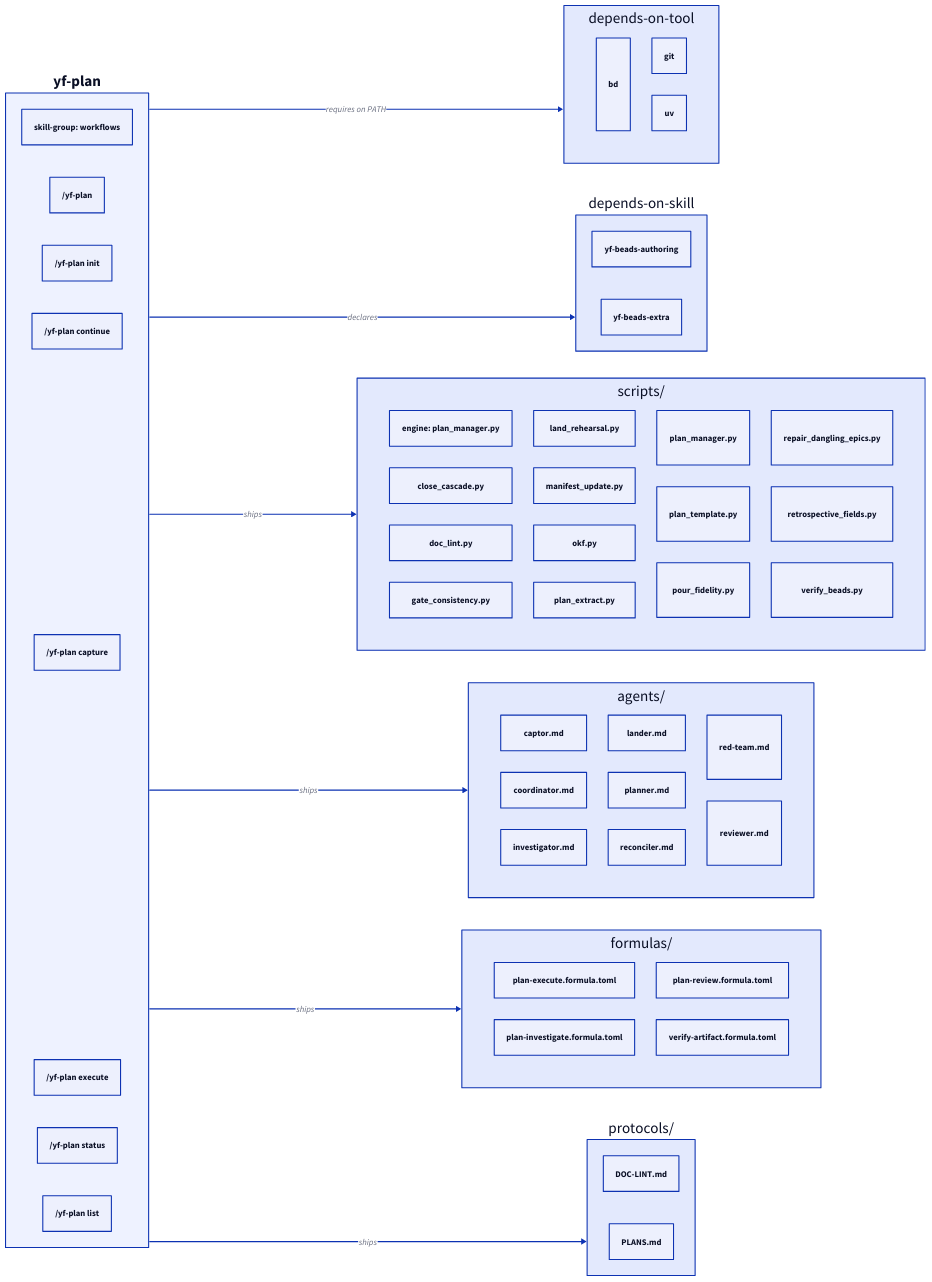
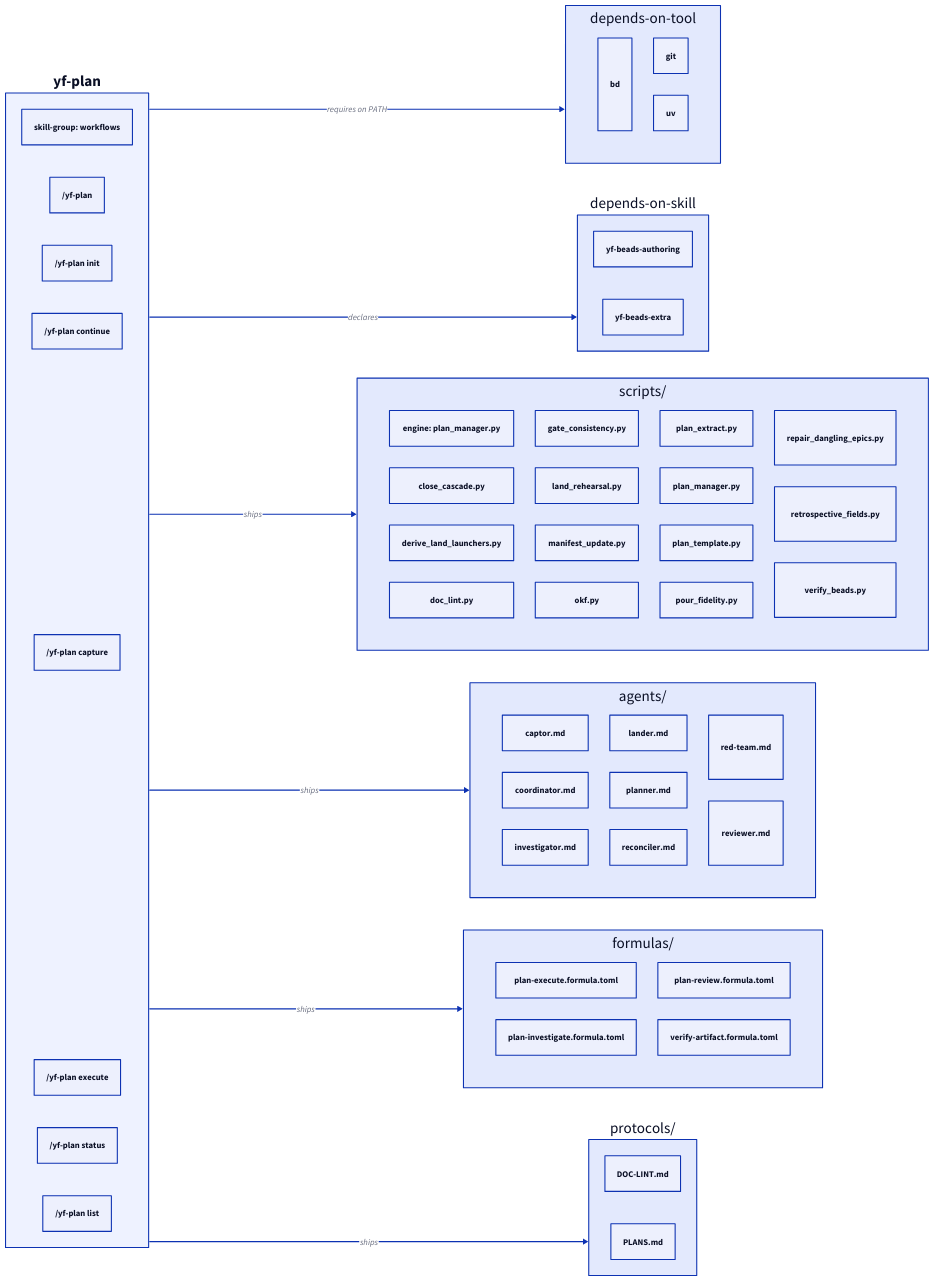
Before and after one commit to dixson3/yoshiko-flow: the diagram in web/content/images/skills/yf-plan.d2, drawn with D2. The commit also changed 1 other file, not shown here.

Commit message:
plan-068: regenerate yf-plan's skill diagram source and PNG
Found by the FULL tier at land — `web/plugins/skill_diagrams.py --check`:
"committed sources do not match a fresh generation. drifted=['yf-plan.d2']".
This plan's own doing: Epic 1 added `derive_land_launchers.py` under
`skills/yf-plan/scripts/`.

One line in the .d2 source. The generator indexes non-test scripts only, so the
two new `test_*.py` files correctly do not appear.

The .d2 SOURCE is regenerated by the generator; the .png is re-rendered by hand
(`d2 --theme 0 --layout elk`), because `--check` byte-compares sources and would
have stayed green on a stale render — the source and the image are two artifacts
and only one of them is gated. Verified by reading the rendered PNG, not by
trusting d2's exit code.

The keep-the-.d2-beside-every-.png convention is preserved.

```diff
--- a/web/content/images/skills/yf-plan.d2
+++ b/web/content/images/skills/yf-plan.d2
@@ -1,90 +1,91 @@
 # GENERATED by web/plugins/skill_diagrams.py — DO NOT EDIT BY HAND.
 # Regenerate: uv run web/plugins/skill_diagrams.py
 # Verify:     uv run web/plugins/skill_diagrams.py --check
 # Source of truth: skills/yf-plan/SKILL.md frontmatter + directory listings,
 # read through web/plugins/skill_model.py — the SAME reader the site page uses.
 # nodes=10 edges=9 (threshold: nodes >= 5)
 direction: right
 
 yf_plan: {
   label: "yf-plan"
   style.fill: "#eef2ff"
   style.bold: true
   group: "skill-group: workflows"
   invocation: "/yf-plan"
   verb_init: "/yf-plan init"
   verb_continue: "/yf-plan continue"
   verb_capture: "/yf-plan capture"
   verb_execute: "/yf-plan execute"
   verb_status: "/yf-plan status"
   verb_list: "/yf-plan list"
 }
 
 tools: {
   label: "depends-on-tool"
   grid-columns: 2
   bd: "bd"
   git: "git"
   uv: "uv"
 }
 
 deps: {
   label: "depends-on-skill"
   # single column
   yf_beads_authoring: "yf-beads-authoring"
   yf_beads_extra: "yf-beads-extra"
 }
 
 scripts: {
   label: "scripts/"
   engine: "engine: plan_manager.py"
   grid-columns: 4
   close_cascade_py: "close_cascade.py"
+  derive_land_launchers_py: "derive_land_launchers.py"
   doc_lint_py: "doc_lint.py"
   gate_consistency_py: "gate_consistency.py"
   land_rehearsal_py: "land_rehearsal.py"
   manifest_update_py: "manifest_update.py"
   okf_py: "okf.py"
   plan_extract_py: "plan_extract.py"
   plan_manager_py: "plan_manager.py"
   plan_template_py: "plan_template.py"
   pour_fidelity_py: "pour_fidelity.py"
   repair_dangling_epics_py: "repair_dangling_epics.py"
   retrospective_fields_py: "retrospective_fields.py"
   verify_beads_py: "verify_beads.py"
 }
 
 agents: {
   label: "agents/"
   grid-columns: 3
   captor_md: "captor.md"
   coordinator_md: "coordinator.md"
   investigator_md: "investigator.md"
   lander_md: "lander.md"
   planner_md: "planner.md"
   reconciler_md: "reconciler.md"
   red_team_md: "red-team.md"
   reviewer_md: "reviewer.md"
 }
 
 formulas: {
   label: "formulas/"
   grid-columns: 2
   plan_execute_formula_toml: "plan-execute.formula.toml"
   plan_investigate_formula_toml: "plan-investigate.formula.toml"
   plan_review_formula_toml: "plan-review.formula.toml"
   verify_artifact_formula_toml: "verify-artifact.formula.toml"
 }
 
 protocols: {
   label: "protocols/"
   DOC_LINT_md: "DOC-LINT.md"
   PLANS_md: "PLANS.md"
 }
 
 yf_plan -> tools: "requires on PATH"
 yf_plan -> deps: "declares"
 yf_plan -> scripts: "ships"
 yf_plan -> agents: "ships"
 yf_plan -> formulas: "ships"
 yf_plan -> protocols: "ships"
```
